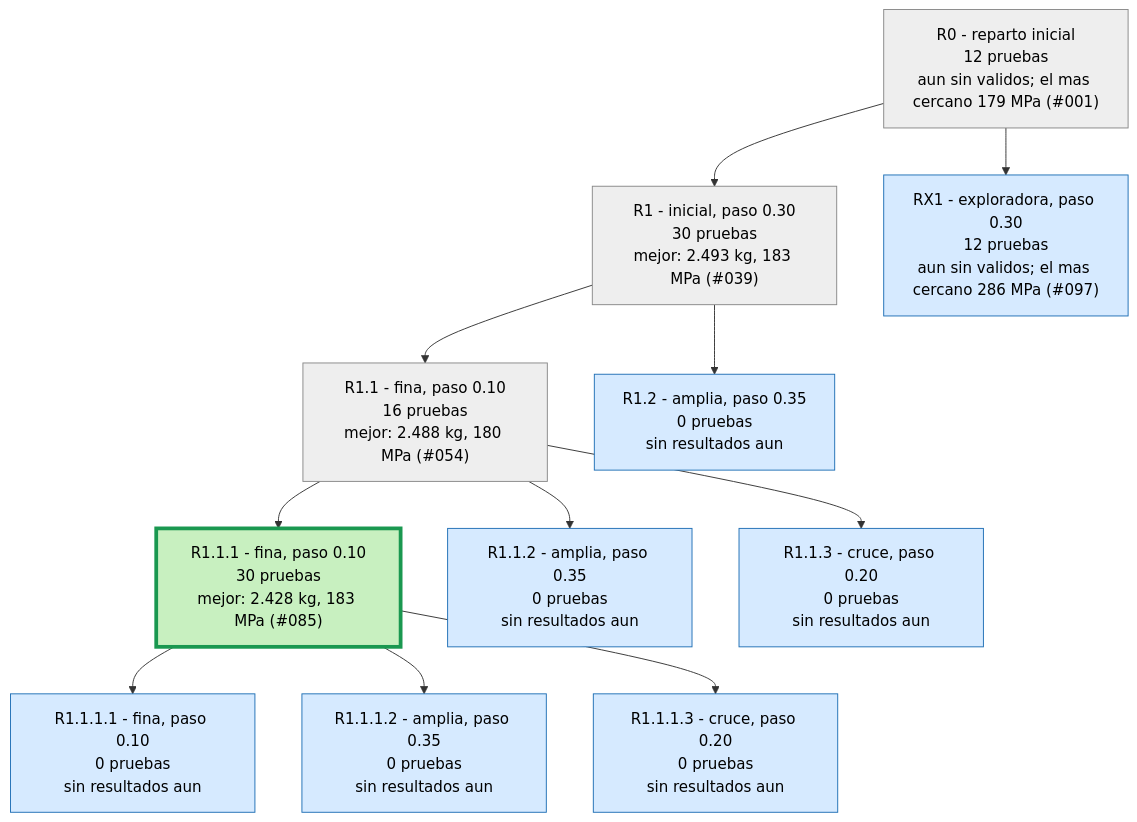
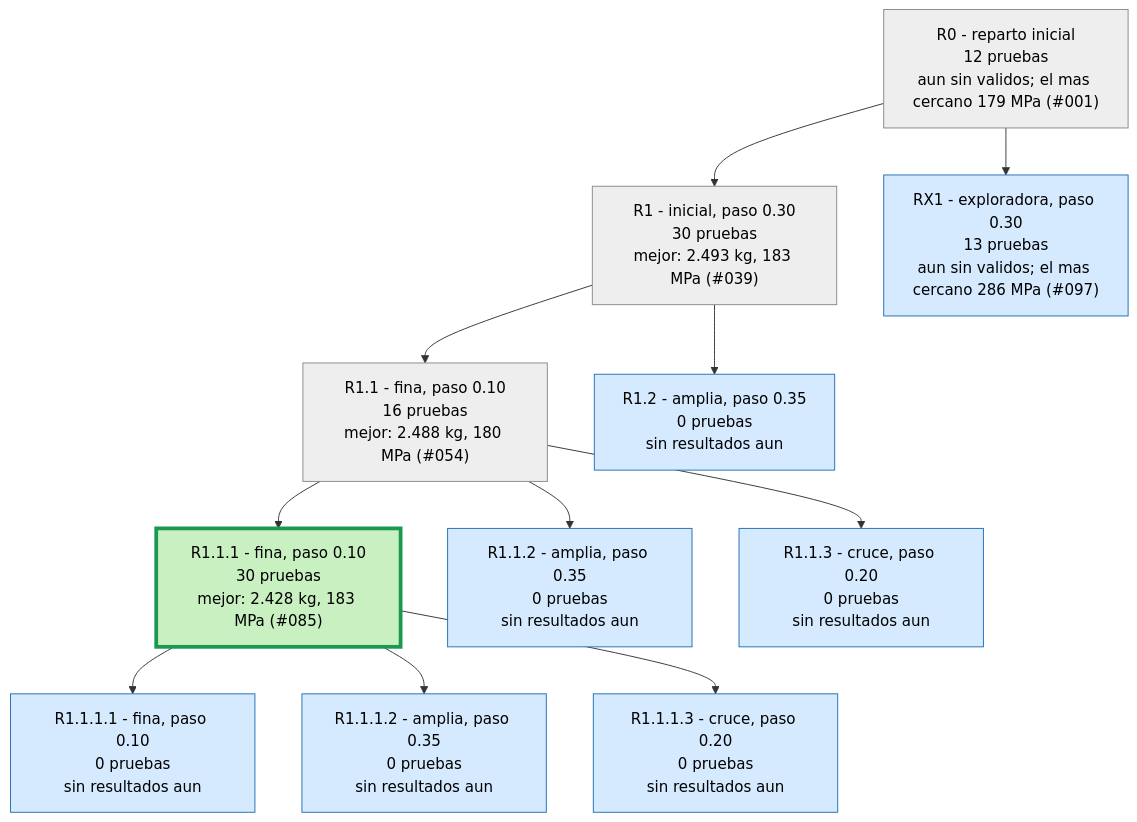
One commit to Hugiko/msd-soporte-optimizacion changed the second of 3 diagrams in runs/opt_37800N/ARBOL.md. Above: the diagram before and after it, drawn with Mermaid. The commit also changed 19 other files, not shown here.

````diff
--- a/runs/opt_37800N/ARBOL.md
+++ b/runs/opt_37800N/ARBOL.md
@@ -25,27 +25,27 @@
 ```mermaid
 graph TD
 classDef activa fill:#d6eaff,stroke:#1f6fb5,color:#000
 classDef fin fill:#eeeeee,stroke:#888,color:#000
 classDef mejor fill:#c8f0c0,stroke:#1a9850,stroke-width:4px,color:#000
 R0["R0 - reparto inicial<br/>12 pruebas<br/>aun sin validos; el mas cercano 179 MPa (#001)"]:::fin
 R1["R1 - inicial, paso 0.30<br/>30 pruebas<br/>mejor: 2.493 kg, 183 MPa (#039)"]:::fin
 R0 --> R1
 R1_1["R1.1 - fina, paso 0.10<br/>16 pruebas<br/>mejor: 2.488 kg, 180 MPa (#054)"]:::fin
 R1 --> R1_1
 R1_2["R1.2 - amplia, paso 0.35<br/>0 pruebas<br/>sin resultados aun"]:::activa
 R1 --> R1_2
 R1_1_1["R1.1.1 - fina, paso 0.10<br/>30 pruebas<br/>mejor: 2.428 kg, 183 MPa (#085)"]:::mejor
 R1_1 --> R1_1_1
 R1_1_2["R1.1.2 - amplia, paso 0.35<br/>0 pruebas<br/>sin resultados aun"]:::activa
 R1_1 --> R1_1_2
 R1_1_3["R1.1.3 - cruce, paso 0.20<br/>0 pruebas<br/>sin resultados aun"]:::activa
 R1_1 --> R1_1_3
 R1_1_1_1["R1.1.1.1 - fina, paso 0.10<br/>0 pruebas<br/>sin resultados aun"]:::activa
 R1_1_1 --> R1_1_1_1
 R1_1_1_2["R1.1.1.2 - amplia, paso 0.35<br/>0 pruebas<br/>sin resultados aun"]:::activa
 R1_1_1 --> R1_1_1_2
 R1_1_1_3["R1.1.1.3 - cruce, paso 0.20<br/>0 pruebas<br/>sin resultados aun"]:::activa
 R1_1_1 --> R1_1_1_3
-RX1["RX1 - exploradora, paso 0.30<br/>12 pruebas<br/>aun sin validos; el mas cercano 286 MPa (#097)"]:::activa
+RX1["RX1 - exploradora, paso 0.30<br/>13 pruebas<br/>aun sin validos; el mas cercano 286 MPa (#097)"]:::activa
 R0 --> RX1
 ```
````
